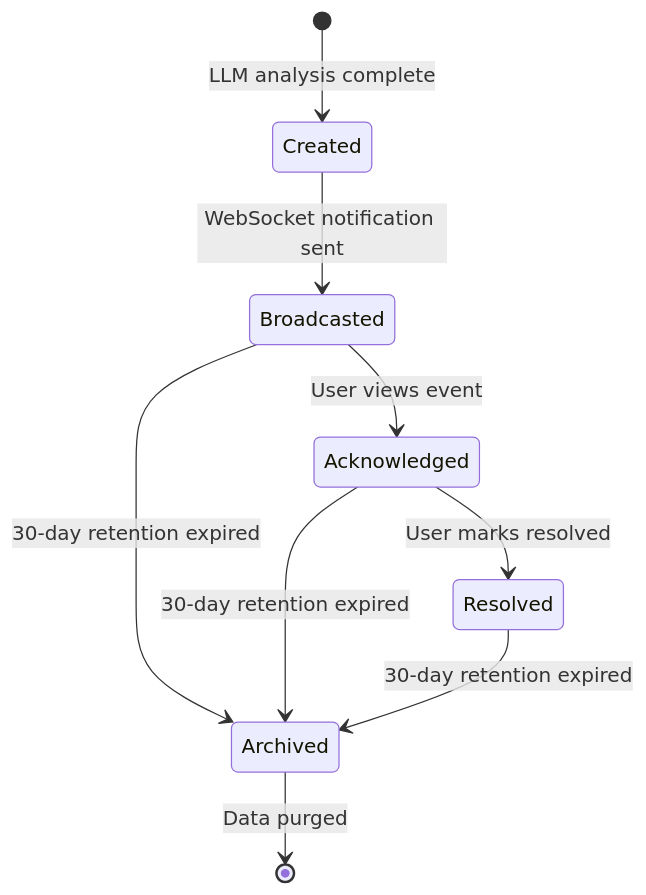
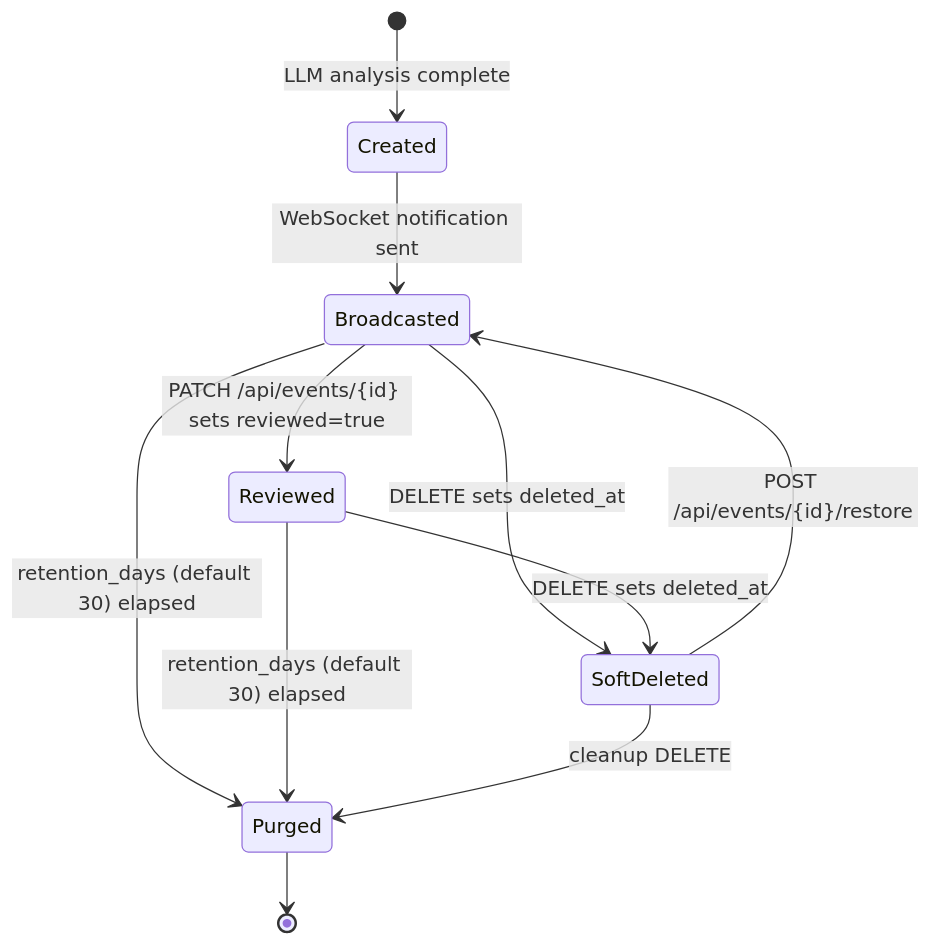
One commit to mikesvoboda/nemotron-v3-home-security-intelligence changed the first of 4 diagrams in docs/architecture/dataflows/event-lifecycle.md. Above: the diagram before and after it, drawn with Mermaid. The commit also changed other lines of this file and 313 other files, not shown here.

````diff
--- a/docs/architecture/dataflows/event-lifecycle.md
+++ b/docs/architecture/dataflows/event-lifecycle.md
@@ -9,11 +14,13 @@
 ```mermaid
 stateDiagram-v2
     [*] --> Created: LLM analysis complete
     Created --> Broadcasted: WebSocket notification sent
-    Broadcasted --> Acknowledged: User views event
-    Broadcasted --> Archived: 30-day retention expired
-    Acknowledged --> Resolved: User marks resolved
-    Acknowledged --> Archived: 30-day retention expired
-    Resolved --> Archived: 30-day retention expired
-    Archived --> [*]: Data purged
+    Broadcasted --> Reviewed: PATCH /api/events/{id} sets reviewed=true
+    Broadcasted --> SoftDeleted: DELETE sets deleted_at
+    SoftDeleted --> Broadcasted: POST /api/events/{id}/restore
+    Reviewed --> SoftDeleted: DELETE sets deleted_at
+    Broadcasted --> Purged: retention_days (default 30) elapsed
+    Reviewed --> Purged: retention_days (default 30) elapsed
+    SoftDeleted --> Purged: cleanup DELETE
+    Purged --> [*]
 ```
````
